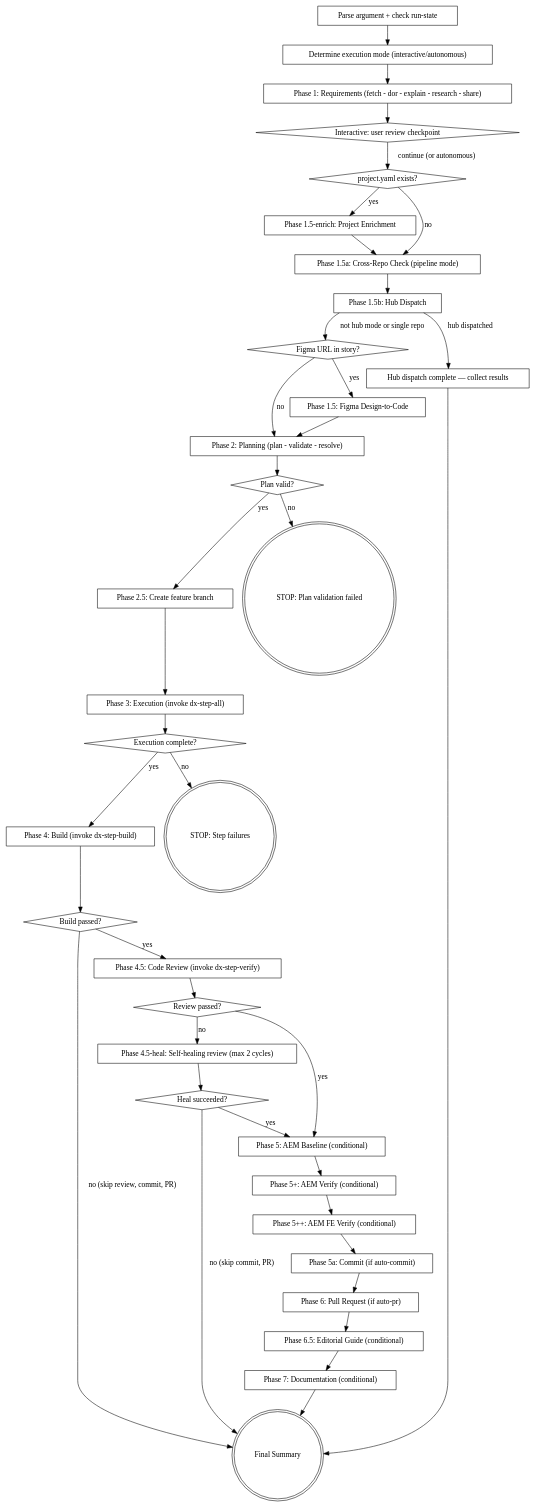
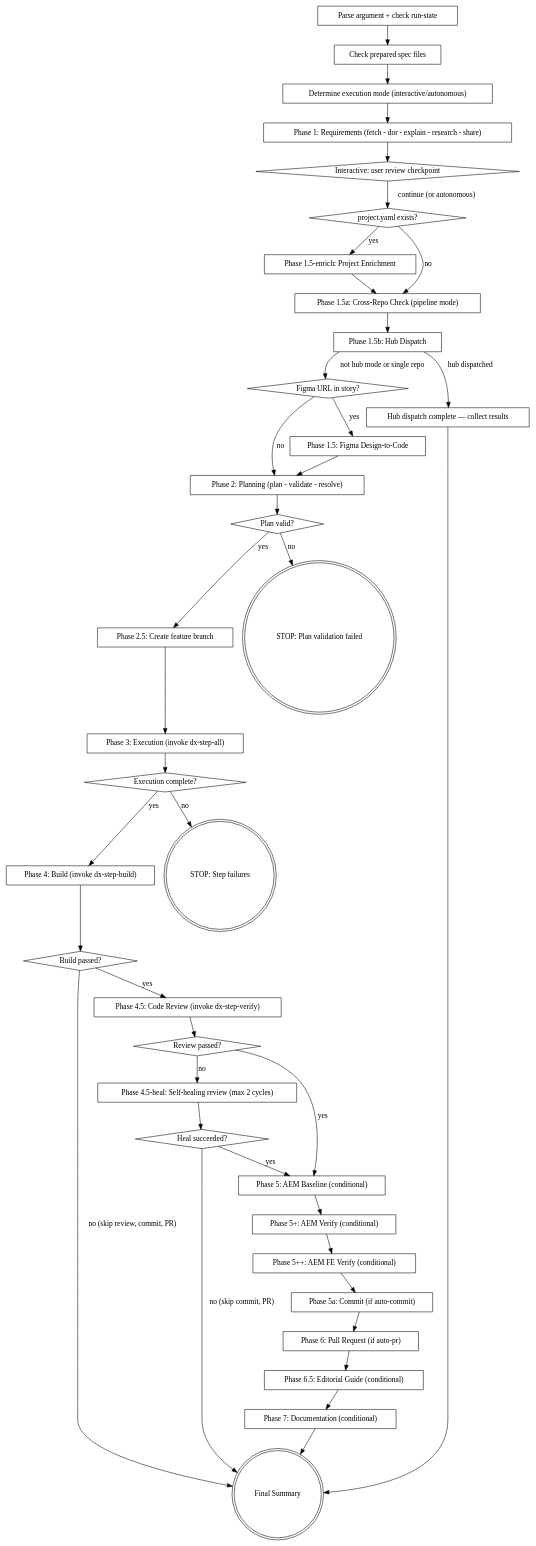
One commit to easingthemes/dx-aem-flow changed the diagram in plugins/dx-core/skills/dx-agent-all/SKILL.md. Above: the diagram before and after it, drawn with Graphviz. The commit also changed other lines of this file and 30 other files, not shown here.

First line of the commit message:
feat(dx-prep): architect prep and hand-off flow (#274)

````diff
--- a/plugins/dx-core/skills/dx-agent-all/SKILL.md
+++ b/plugins/dx-core/skills/dx-agent-all/SKILL.md
@@ -207,74 +209,76 @@
 ```dot
 digraph agent_all {
     "Parse argument + check run-state" [shape=box];
+    "Check prepared spec files" [shape=box];
     "Determine execution mode (interactive/autonomous)" [shape=box];
     "Phase 1: Requirements (fetch - dor - explain - research - share)" [shape=box];
     "Interactive: user review checkpoint" [shape=diamond];
     "project.yaml exists?" [shape=diamond];
     "Phase 1.5-enrich: Project Enrichment" [shape=box];
     "Figma URL in story?" [shape=diamond];
     "Phase 1.5: Figma Design-to-Code" [shape=box];
     "Phase 1.5a: Cross-Repo Check (pipeline mode)" [shape=box];
     "Phase 1.5b: Hub Dispatch" [shape=box];
     "Hub dispatch complete — collect results" [shape=box];
     "Phase 2: Planning (plan - validate - resolve)" [shape=box];
     "Plan valid?" [shape=diamond];
     "STOP: Plan validation failed" [shape=doublecircle];
     "Phase 2.5: Create feature branch" [shape=box];
     "Phase 3: Execution (invoke dx-step-all)" [shape=box];
     "Execution complete?" [shape=diamond];
     "STOP: Step failures" [shape=doublecircle];
     "Phase 4: Build (invoke dx-step-build)" [shape=box];
     "Build passed?" [shape=diamond];
     "Phase 4.5: Code Review (invoke dx-step-verify)" [shape=box];
     "Review passed?" [shape=diamond];
     "Phase 4.5-heal: Self-healing review (max 2 cycles)" [shape=box];
     "Heal succeeded?" [shape=diamond];
     "Phase 5: AEM Baseline (conditional)" [shape=box];
     "Phase 5+: AEM Verify (conditional)" [shape=box];
     "Phase 5++: AEM FE Verify (conditional)" [shape=box];
     "Phase 5a: Commit (if auto-commit)" [shape=box];
     "Phase 6: Pull Request (if auto-pr)" [shape=box];
     "Phase 6.5: Editorial Guide (conditional)" [shape=box];
     "Phase 7: Documentation (conditional)" [shape=box];
     "Final Summary" [shape=doublecircle];
 
-    "Parse argument + check run-state" -> "Determine execution mode (interactive/autonomous)";
+    "Parse argument + check run-state" -> "Check prepared spec files";
+    "Check prepared spec files" -> "Determine execution mode (interactive/autonomous)";
     "Determine execution mode (interactive/autonomous)" -> "Phase 1: Requirements (fetch - dor - explain - research - share)";
     "Phase 1: Requirements (fetch - dor - explain - research - share)" -> "Interactive: user review checkpoint";
     "Interactive: user review checkpoint" -> "project.yaml exists?" [label="continue (or autonomous)"];
     "project.yaml exists?" -> "Phase 1.5-enrich: Project Enrichment" [label="yes"];
     "project.yaml exists?" -> "Phase 1.5a: Cross-Repo Check (pipeline mode)" [label="no"];
     "Phase 1.5-enrich: Project Enrichment" -> "Phase 1.5a: Cross-Repo Check (pipeline mode)";
     "Phase 1.5a: Cross-Repo Check (pipeline mode)" -> "Phase 1.5b: Hub Dispatch";
     "Phase 1.5b: Hub Dispatch" -> "Figma URL in story?" [label="not hub mode or single repo"];
     "Phase 1.5b: Hub Dispatch" -> "Hub dispatch complete — collect results" [label="hub dispatched"];
     "Hub dispatch complete — collect results" -> "Final Summary";
     "Figma URL in story?" -> "Phase 1.5: Figma Design-to-Code" [label="yes"];
     "Figma URL in story?" -> "Phase 2: Planning (plan - validate - resolve)" [label="no"];
     "Phase 1.5: Figma Design-to-Code" -> "Phase 2: Planning (plan - validate - resolve)";
     "Phase 2: Planning (plan - validate - resolve)" -> "Plan valid?";
     "Plan valid?" -> "STOP: Plan validation failed" [label="no"];
     "Plan valid?" -> "Phase 2.5: Create feature branch" [label="yes"];
     "Phase 2.5: Create feature branch" -> "Phase 3: Execution (invoke dx-step-all)";
     "Phase 3: Execution (invoke dx-step-all)" -> "Execution complete?";
     "Execution complete?" -> "STOP: Step failures" [label="no"];
     "Execution complete?" -> "Phase 4: Build (invoke dx-step-build)" [label="yes"];
     "Phase 4: Build (invoke dx-step-build)" -> "Build passed?";
     "Build passed?" -> "Phase 4.5: Code Review (invoke dx-step-verify)" [label="yes"];
     "Build passed?" -> "Final Summary" [label="no (skip review, commit, PR)"];
     "Phase 4.5: Code Review (invoke dx-step-verify)" -> "Review passed?";
     "Review passed?" -> "Phase 5: AEM Baseline (conditional)" [label="yes"];
     "Review passed?" -> "Phase 4.5-heal: Self-healing review (max 2 cycles)" [label="no"];
     "Phase 4.5-heal: Self-healing review (max 2 cycles)" -> "Heal succeeded?";
     "Heal succeeded?" -> "Phase 5: AEM Baseline (conditional)" [label="yes"];
     "Heal succeeded?" -> "Final Summary" [label="no (skip commit, PR)"];
     "Phase 5: AEM Baseline (conditional)" -> "Phase 5+: AEM Verify (conditional)";
     "Phase 5+: AEM Verify (conditional)" -> "Phase 5++: AEM FE Verify (conditional)";
     "Phase 5++: AEM FE Verify (conditional)" -> "Phase 5a: Commit (if auto-commit)";
     "Phase 5a: Commit (if auto-commit)" -> "Phase 6: Pull Request (if auto-pr)";
     "Phase 6: Pull Request (if auto-pr)" -> "Phase 6.5: Editorial Guide (conditional)";
     "Phase 6.5: Editorial Guide (conditional)" -> "Phase 7: Documentation (conditional)";
     "Phase 7: Documentation (conditional)" -> "Final Summary";
 }
 ```
````
